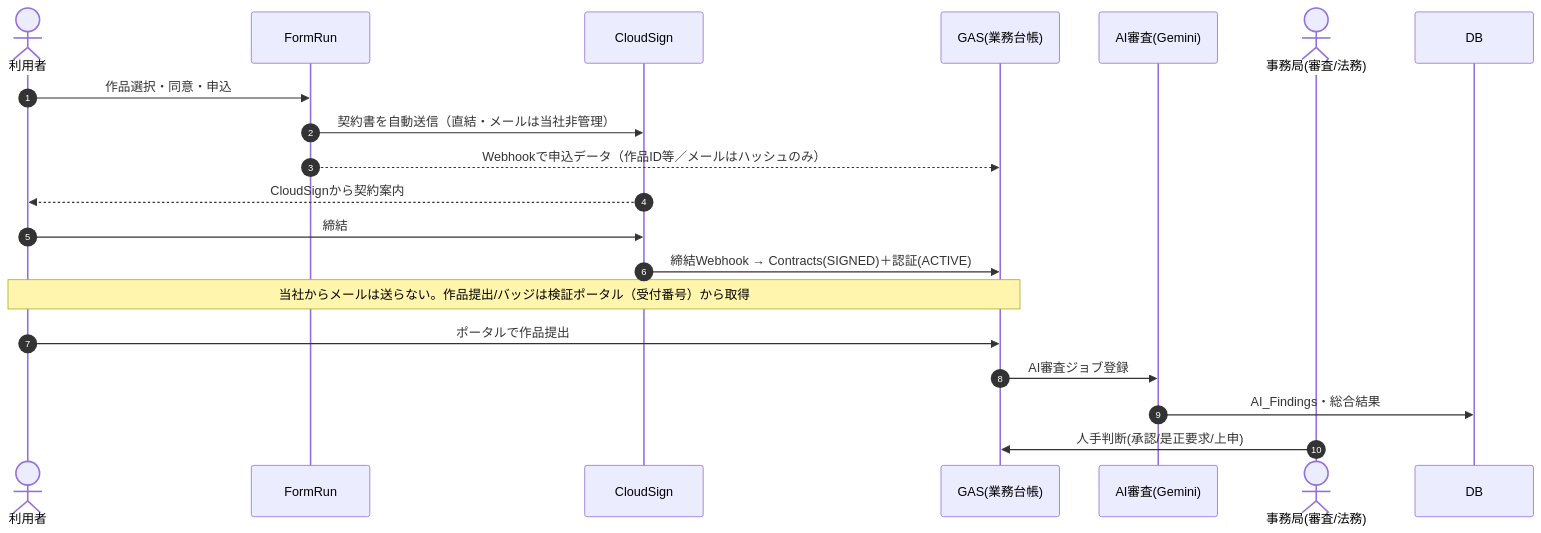
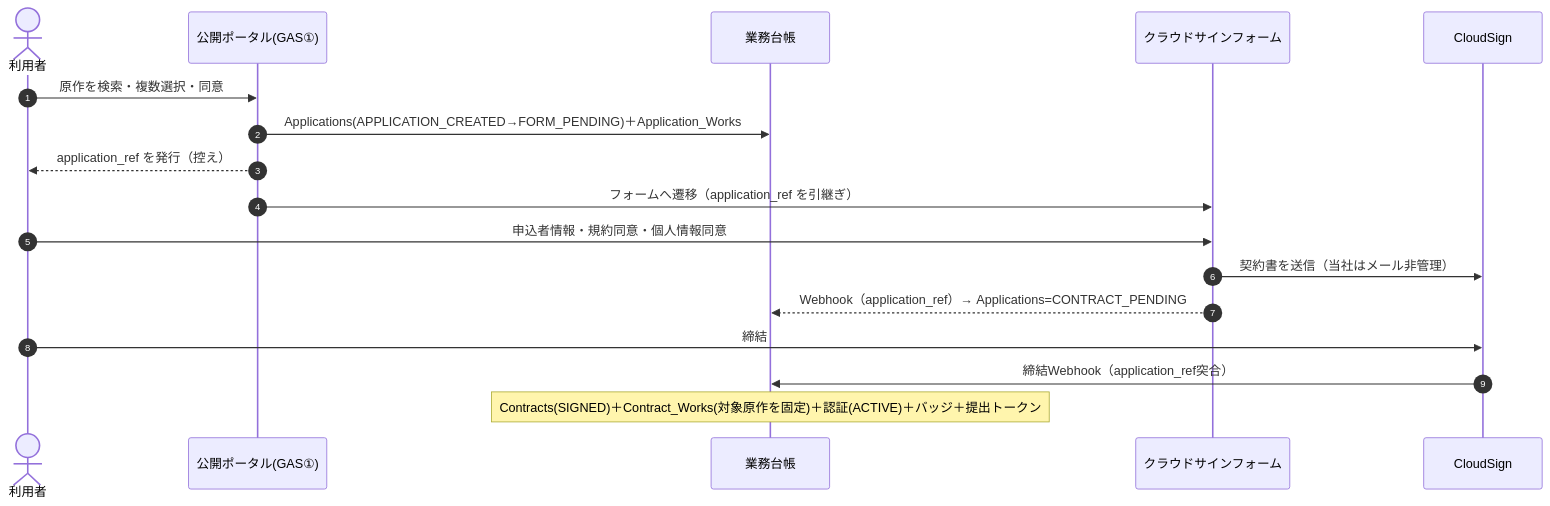
Before and after one commit to tatsuyakuramchi/SPLL: the third of 8 diagrams in docs/SPLL_業務フロー確認資料_v0.1.md, drawn with Mermaid. The commit also changed other lines of this file and 3 other files, not shown here.

First line of the commit message:
新設計 Stage2：業務フロー/役割説明資料を新設計に刷新（B経路固定・原作複数選択・application_ref・版管理・清算改称）

````diff
--- a/docs/SPLL_業務フロー確認資料_v0.1.md
+++ b/docs/SPLL_業務フロー確認資料_v0.1.md
@@ -158,21 +111,19 @@
 ```mermaid
 sequenceDiagram
   autonumber
   actor U as 利用者
-  participant FR as FormRun
+  participant W as 公開ポータル(GAS①)
+  participant DB as 業務台帳
+  participant FR as クラウドサインフォーム
   participant CS as CloudSign
-  participant G as GAS(業務台帳)
-  participant AI as AI審査(Gemini)
-  actor OF as 事務局(審査/法務)
-  U->>FR: 作品選択・同意・申込
-  FR->>CS: 契約書を自動送信（直結・メールは当社非管理）
-  FR-->>G: Webhookで申込データ（作品ID等／メールはハッシュのみ）
-  CS-->>U: CloudSignから契約案内
+  U->>W: 原作を検索・複数選択・同意
+  W->>DB: Applications(APPLICATION_CREATED→FORM_PENDING)＋Application_Works
+  W-->>U: application_ref を発行（控え）
+  W->>FR: フォームへ遷移（application_ref を引継ぎ）
+  U->>FR: 申込者情報・規約同意・個人情報同意
+  FR->>CS: 契約書を送信（当社はメール非管理）
+  FR-->>DB: Webhook（application_ref）→ Applications=CONTRACT_PENDING
   U->>CS: 締結
-  CS->>G: 締結Webhook → Contracts(SIGNED)＋認証(ACTIVE)
-  Note over U,G: 当社からメールは送らない。作品提出/バッジは検証ポータル（受付番号）から取得
-  U->>G: ポータルで作品提出
-  G->>AI: AI審査ジョブ登録
-  AI->>DB: AI_Findings・総合結果
-  OF->>G: 人手判断(承認/是正要求/上申)
+  CS->>DB: 締結Webhook（application_ref突合）
+  Note over DB: Contracts(SIGNED)＋Contract_Works(対象原作を固定)＋認証(ACTIVE)＋バッジ＋提出トークン
 ```
````
